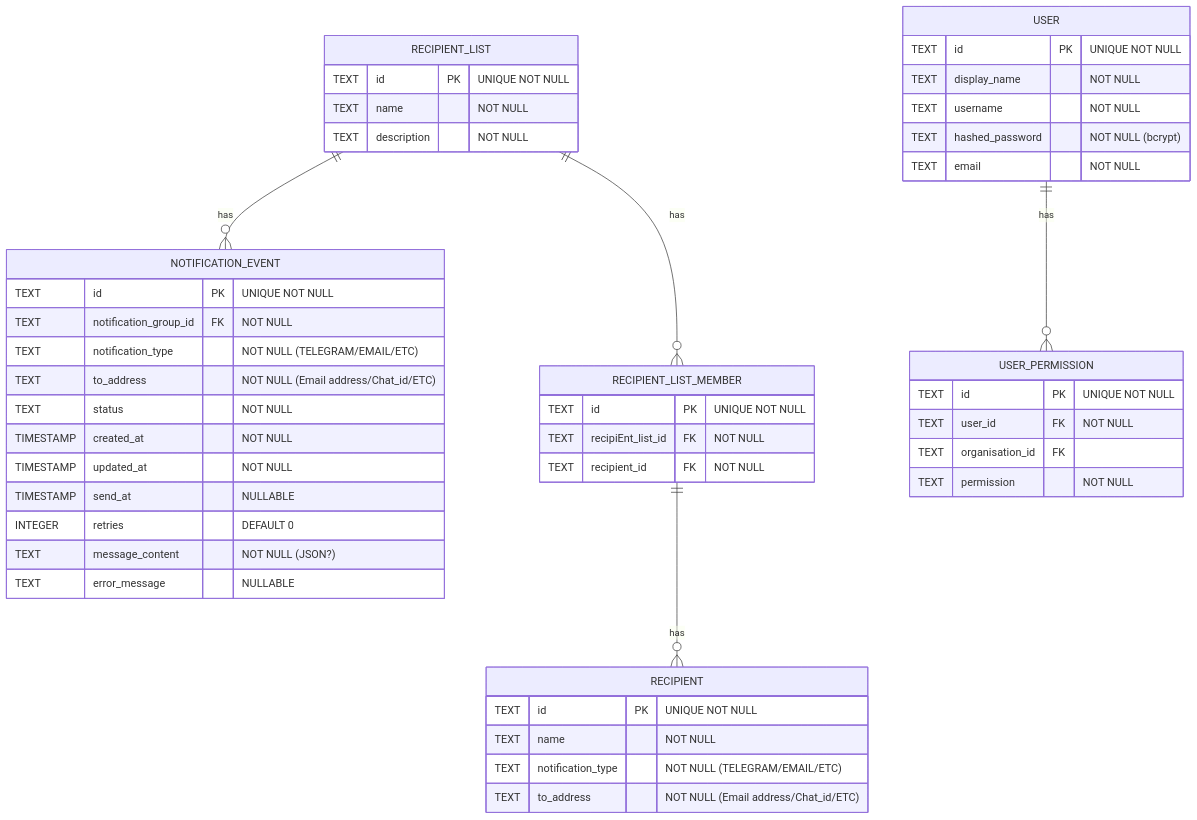
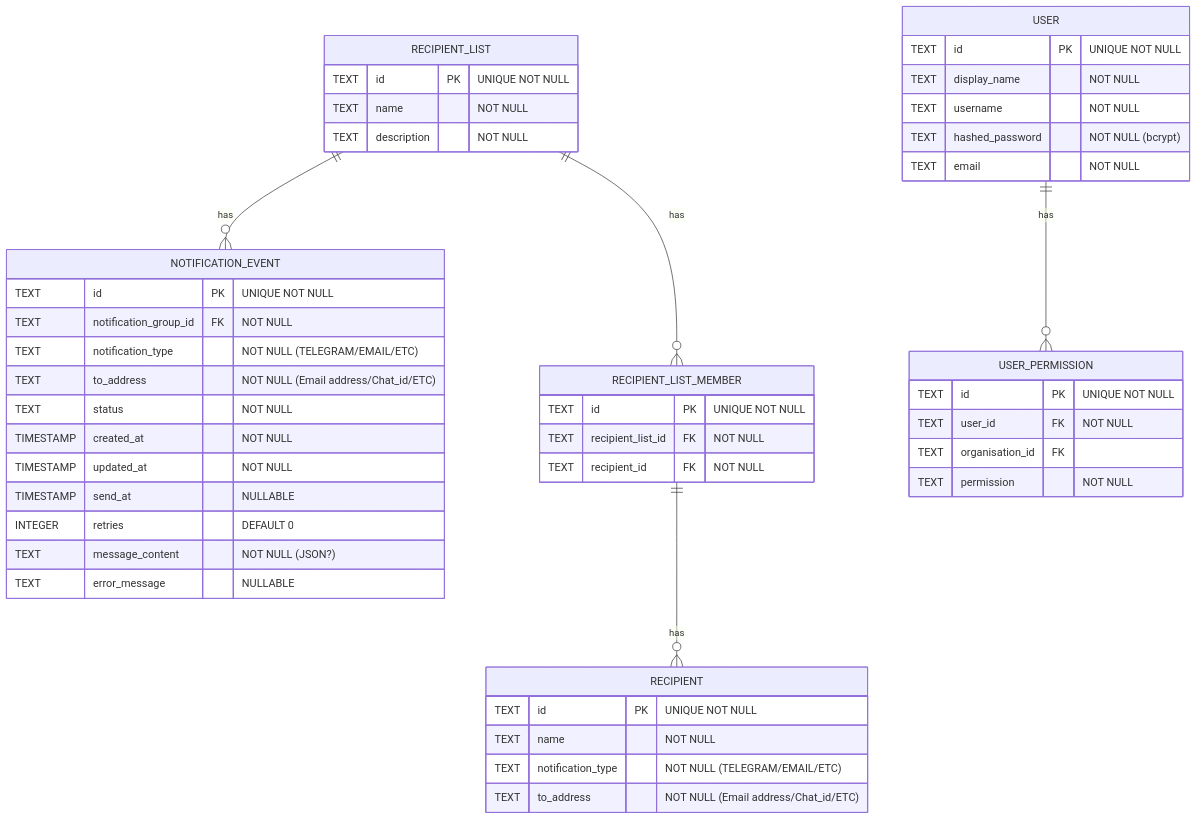
The diagram in docs/schema.md (openmsupply/notify), drawn with Mermaid before and after one commit.

Commit message:
capitalisation

````diff
--- a/docs/schema.md
+++ b/docs/schema.md
@@ -10,49 +10,49 @@
 ```mermaid
 erDiagram
     NOTIFICATION_EVENT {
         TEXT id PK "UNIQUE NOT NULL"
         TEXT notification_group_id FK "NOT NULL"
         TEXT notification_type "NOT NULL (TELEGRAM/EMAIL/ETC)"
         TEXT to_address "NOT NULL (Email address/Chat_id/ETC)"
         TEXT status "NOT NULL"
         TIMESTAMP created_at "NOT NULL"
         TIMESTAMP updated_at "NOT NULL"
         TIMESTAMP send_at "NULLABLE"
         INTEGER retries "DEFAULT 0"
         TEXT message_content "NOT NULL (JSON?)"
         TEXT error_message "NULLABLE"
     }
     RECIPIENT_LIST {
         TEXT id PK "UNIQUE NOT NULL"
         TEXT name "NOT NULL"
         TEXT description "NOT NULL"
     }
     RECIPIENT_LIST_MEMBER {
         TEXT id PK "UNIQUE NOT NULL"
-        TEXT recipiEnt_list_id FK "NOT NULL"
+        TEXT recipient_list_id FK "NOT NULL"
         TEXT recipient_id FK "NOT NULL"
     }
     RECIPIENT {
         TEXT id PK "UNIQUE NOT NULL"
         TEXT name "NOT NULL"
         TEXT notification_type "NOT NULL (TELEGRAM/EMAIL/ETC)"
         TEXT to_address "NOT NULL (Email address/Chat_id/ETC)"
     }
     USER {
 	    TEXT id PK "UNIQUE NOT NULL"
 	    TEXT display_name "NOT NULL"
         TEXT username  "NOT NULL"
         TEXT hashed_password "NOT NULL (bcrypt)"
         TEXT email "NOT NULL"
     }
     USER_PERMISSION {
 	    TEXT id PK "UNIQUE NOT NULL"
         TEXT user_id FK "NOT NULL"
         TEXT organisation_id FK ""
 	    TEXT permission "NOT NULL"
     }
     RECIPIENT_LIST ||--o{ NOTIFICATION_EVENT : has
     RECIPIENT_LIST ||--o{ RECIPIENT_LIST_MEMBER : has
     RECIPIENT_LIST_MEMBER ||--o{ RECIPIENT : has
     USER ||--o{ USER_PERMISSION : has
 ```
````
